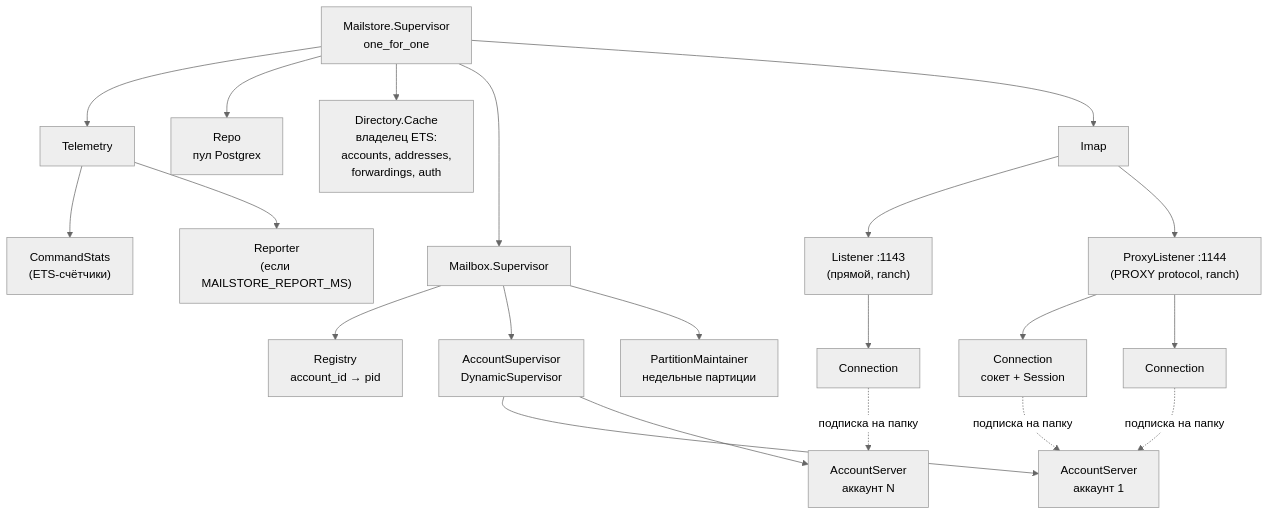
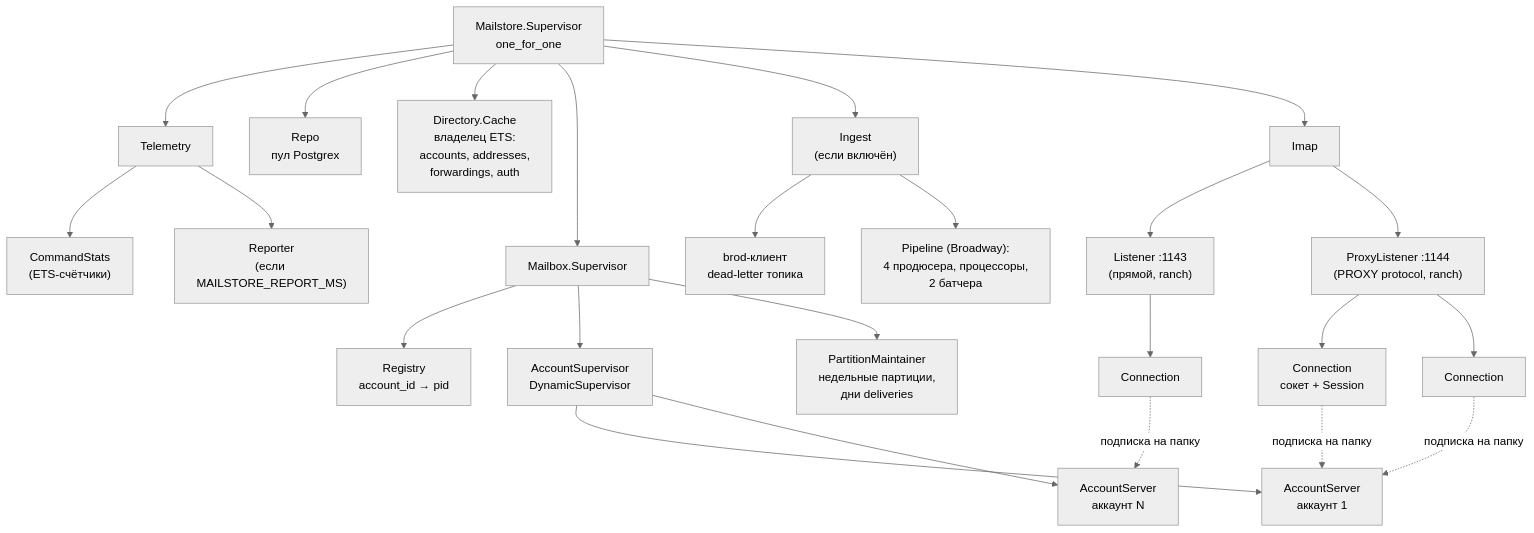
One commit to ichi404gh/mailstore changed the second of 7 diagrams in docs/architecture.md. Above: the diagram before and after it, drawn with Mermaid (neutral theme). The commit also changed other lines of this file and 30 other files, not shown here.

````diff
--- a/docs/architecture.md
+++ b/docs/architecture.md
@@ -67,30 +67,34 @@
 ```mermaid
 flowchart TB
   app["Mailstore.Supervisor<br/>one_for_one"]
 
   app --> tel["Telemetry"]
   tel --> cs["CommandStats<br/>(ETS-счётчики)"]
   tel --> rep["Reporter<br/>(если MAILSTORE_REPORT_MS)"]
 
   app --> repo["Repo<br/>пул Postgrex"]
 
   app --> dc["Directory.Cache<br/>владелец ETS:<br/>accounts, addresses,<br/>forwardings, auth"]
 
   app --> ms["Mailbox.Supervisor"]
   ms --> reg["Registry<br/>account_id → pid"]
   ms --> asup["AccountSupervisor<br/>DynamicSupervisor"]
   asup --> a1["AccountServer<br/>аккаунт 1"]
   asup --> a2["AccountServer<br/>аккаунт N"]
-  ms --> pm["PartitionMaintainer<br/>недельные партиции"]
+  ms --> pm["PartitionMaintainer<br/>недельные партиции,<br/>дни deliveries"]
+
+  app --> ing["Ingest<br/>(если включён)"]
+  ing --> dl["brod-клиент<br/>dead-letter топика"]
+  ing --> pipe["Pipeline (Broadway):<br/>4 продюсера, процессоры,<br/>2 батчера"]
 
   app --> imap["Imap"]
   imap --> l1["Listener :1143<br/>(прямой, ranch)"]
   imap --> l2["ProxyListener :1144<br/>(PROXY protocol, ranch)"]
   l2 --> c1["Connection<br/>сокет + Session"]
   l2 --> c2["Connection"]
   l1 --> c3["Connection"]
 
   c1 -. "подписка на папку" .-> a1
   c2 -. "подписка на папку" .-> a1
   c3 -. "подписка на папку" .-> a2
 ```
````
